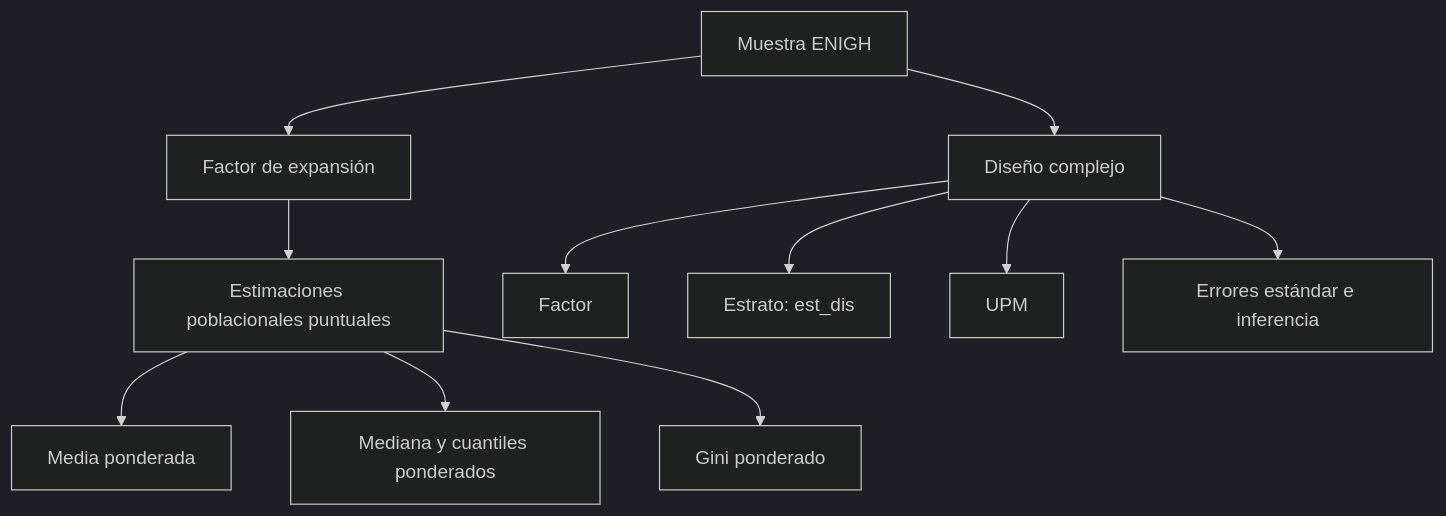
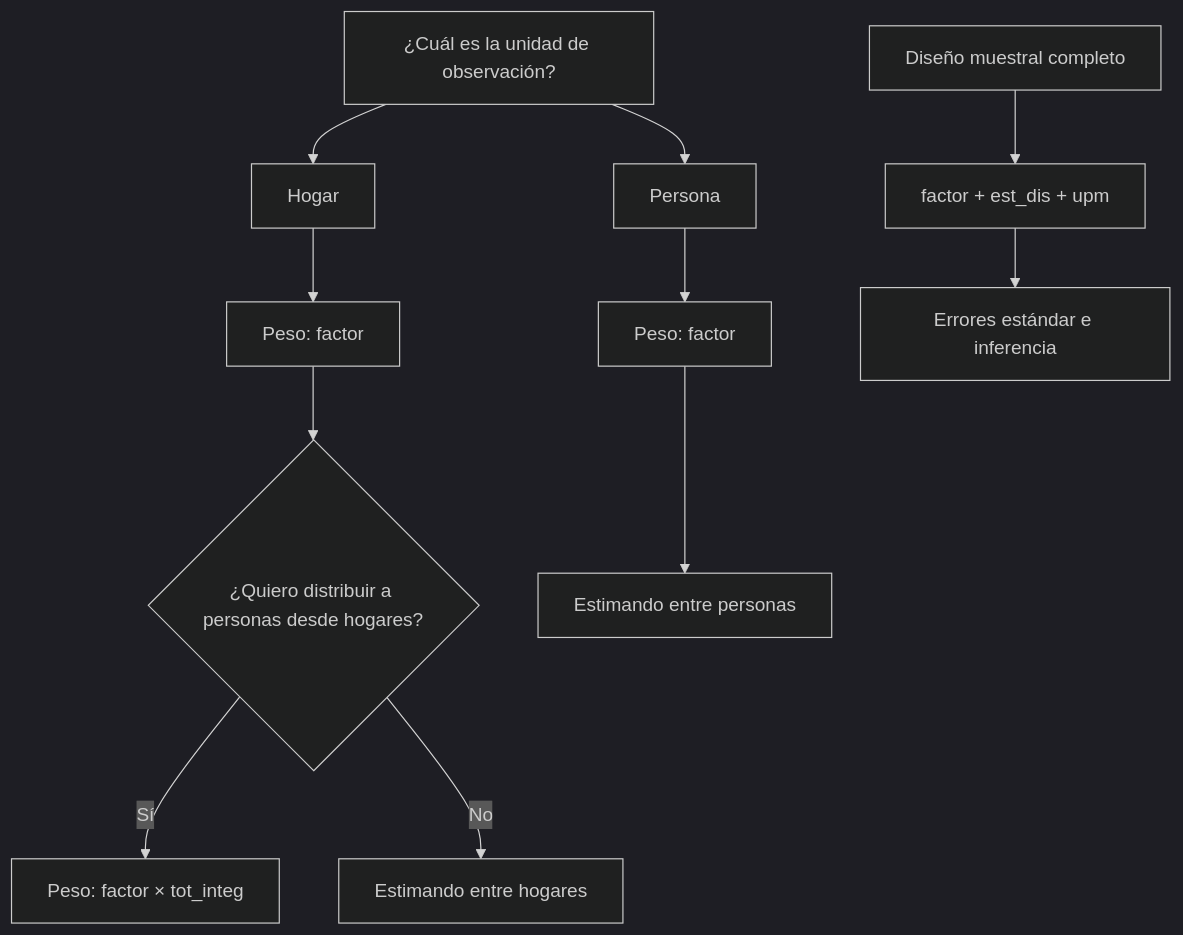
One commit to FernandoRossell/inegi-income-modeling changed the third of 6 diagrams in reports/documentacion_final_en_desarrollo.md. Above: the diagram before and after it, drawn with Mermaid (dark theme). The commit also changed other lines of this file and 8 other files, not shown here.

````diff
--- a/reports/documentacion_final_en_desarrollo.md
+++ b/reports/documentacion_final_en_desarrollo.md
@@ -407,13 +433,13 @@
 ```mermaid
 flowchart TD
-    A["Muestra ENIGH"] --> B["Factor de expansión"]
-    B --> C["Estimaciones poblacionales puntuales"]
-    C --> C1["Media ponderada"]
-    C --> C2["Mediana y cuantiles ponderados"]
-    C --> C3["Gini ponderado"]
-    A --> D["Diseño complejo"]
-    D --> D1["Factor"]
-    D --> D2["Estrato: est_dis"]
-    D --> D3["UPM"]
-    D --> E["Errores estándar e inferencia"]
+    A["¿Cuál es la unidad de observación?"] --> H["Hogar"]
+    A --> P["Persona"]
+    H --> H1["Peso: factor"]
+    P --> P1["Peso: factor"]
+    H1 --> H2{"¿Quiero distribuir a personas desde hogares?"}
+    H2 -->|Sí| H3["Peso: factor × tot_integ"]
+    H2 -->|No| H4["Estimando entre hogares"]
+    P1 --> P2["Estimando entre personas"]
+    D["Diseño muestral completo"] --> D1["factor + est_dis + upm"]
+    D1 --> D2["Errores estándar e inferencia"]
 ```
````
